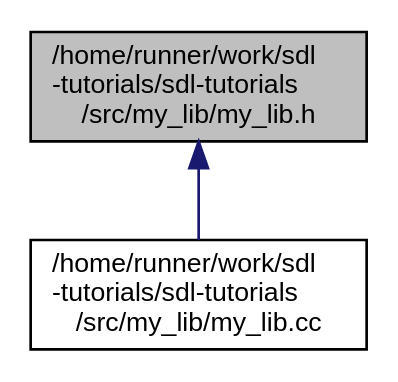
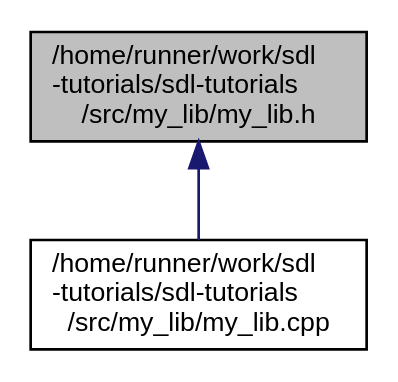
Before and after one commit to kybuivan/sdl-tutorials: the diagram in my__lib_8h__dep__incl.dot, drawn with Graphviz. The commit also changed 41 other files, not shown here.

```diff
--- a/my__lib_8h__dep__incl.dot
+++ b/my__lib_8h__dep__incl.dot
@@ -1,9 +1,9 @@
 digraph "/home/runner/work/sdl-tutorials/sdl-tutorials/src/my_lib/my_lib.h"
 {
  // LATEX_PDF_SIZE
   edge [fontname="Helvetica",fontsize="10",labelfontname="Helvetica",labelfontsize="10"];
   node [fontname="Helvetica",fontsize="10",shape=record];
   Node1 [label="/home/runner/work/sdl\l-tutorials/sdl-tutorials\l/src/my_lib/my_lib.h",height=0.2,width=0.4,color="black", fillcolor="grey75", style="filled", fontcolor="black",tooltip=" "];
   Node1 -> Node2 [dir="back",color="midnightblue",fontsize="10",style="solid",fontname="Helvetica"];
-  Node2 [label="/home/runner/work/sdl\l-tutorials/sdl-tutorials\l/src/my_lib/my_lib.cc",height=0.2,width=0.4,color="black", fillcolor="white", style="filled",URL="$my__lib_8cc.html",tooltip=" "];
+  Node2 [label="/home/runner/work/sdl\l-tutorials/sdl-tutorials\l/src/my_lib/my_lib.cpp",height=0.2,width=0.4,color="black", fillcolor="white", style="filled",URL="$my__lib_8cpp.html",tooltip=" "];
 }
```
